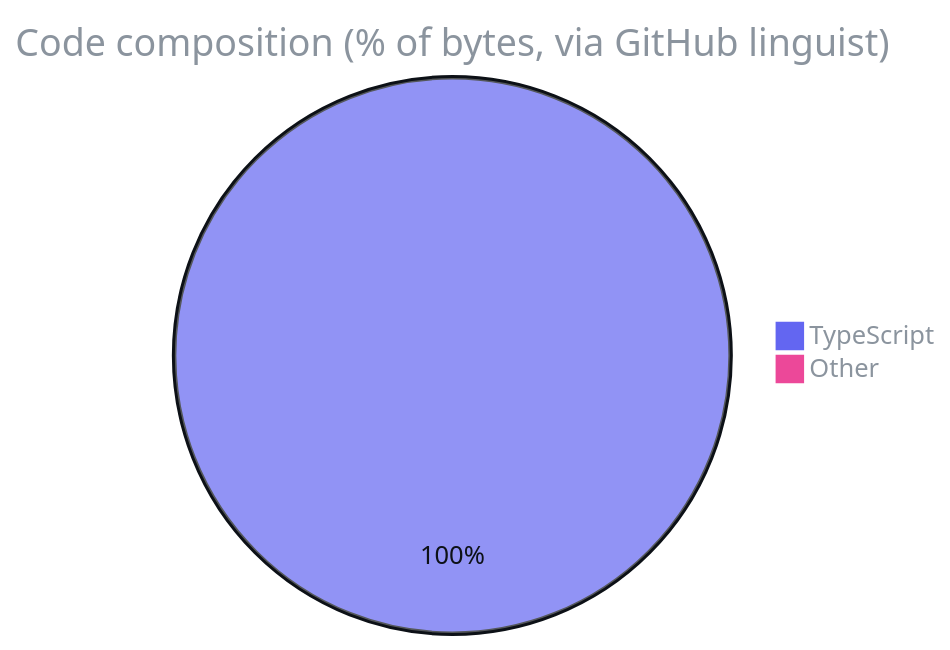
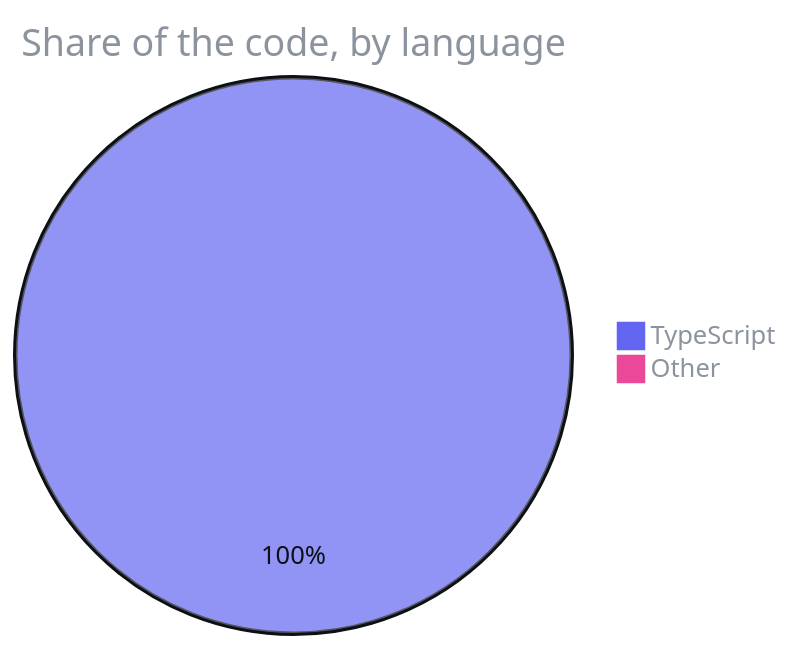
The third of 3 diagrams in README.md (F0rger123/devspace), drawn with Mermaid before and after one commit. The commit also changed other lines of this file and 2 other files, not shown here.

First line of the commit message:
docs: plain-English diagrams and an AI guide for pasted links [skip ci]

````diff
--- a/README.md
+++ b/README.md
@@ -86,6 +88,6 @@
 ```mermaid
 %%{init: {'theme':'base','themeVariables':{'pie1':'#6366f1','pie2':'#ec4899','pie3':'#64748b','pie4':'#94a3b8','pie5':'#475569','pie6':'#cbd5e1','pie7':'#334155','pieStrokeColor':'#0d1117','pieOuterStrokeColor':'#0d1117','pieTitleTextColor':'#8b949e','pieLegendTextColor':'#8b949e','pieSectionTextColor':'#0d1117'}}}%%
-pie title Code composition (% of bytes, via GitHub linguist)
+pie title Share of the code, by language
     "TypeScript" : 99.7
     "Other" : 0.3
 ```
````
